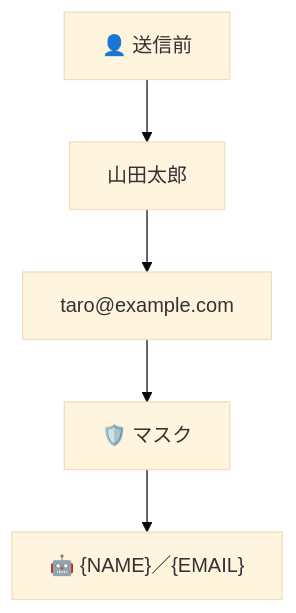
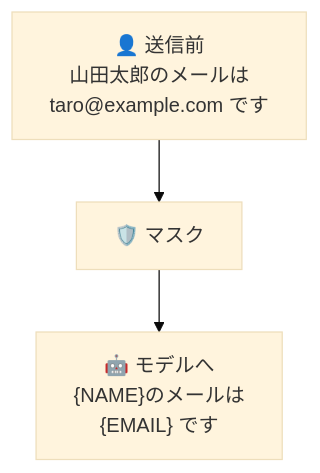
Before and after one commit to kkoch5t2/zenn-contents: the second of 3 diagrams in articles/bedrock-guardrails-pii-logging.md, drawn with Mermaid (base theme). The commit also changed other lines of this file, not shown here.

Commit message:
Use single multiline boxes for masking examples

````diff
--- a/articles/bedrock-guardrails-pii-logging.md
+++ b/articles/bedrock-guardrails-pii-logging.md
@@ -55,7 +55,6 @@
 ```mermaid
 flowchart TD
-    I1["👤 送信前"] --> I2["山田太郎"]
-    I2 --> I3["taro@example.com"]
-    I3 --> G1["🛡️ マスク"]
-    G1 --> I4["🤖 {NAME}／{EMAIL}"]
+    I1["👤 送信前<br/>山田太郎のメールは<br/>taro@example.com です"]
+    I1 --> G1["🛡️ マスク"]
+    G1 --> I2["🤖 モデルへ<br/>{NAME}のメールは<br/>{EMAIL} です"]
 ```
````
